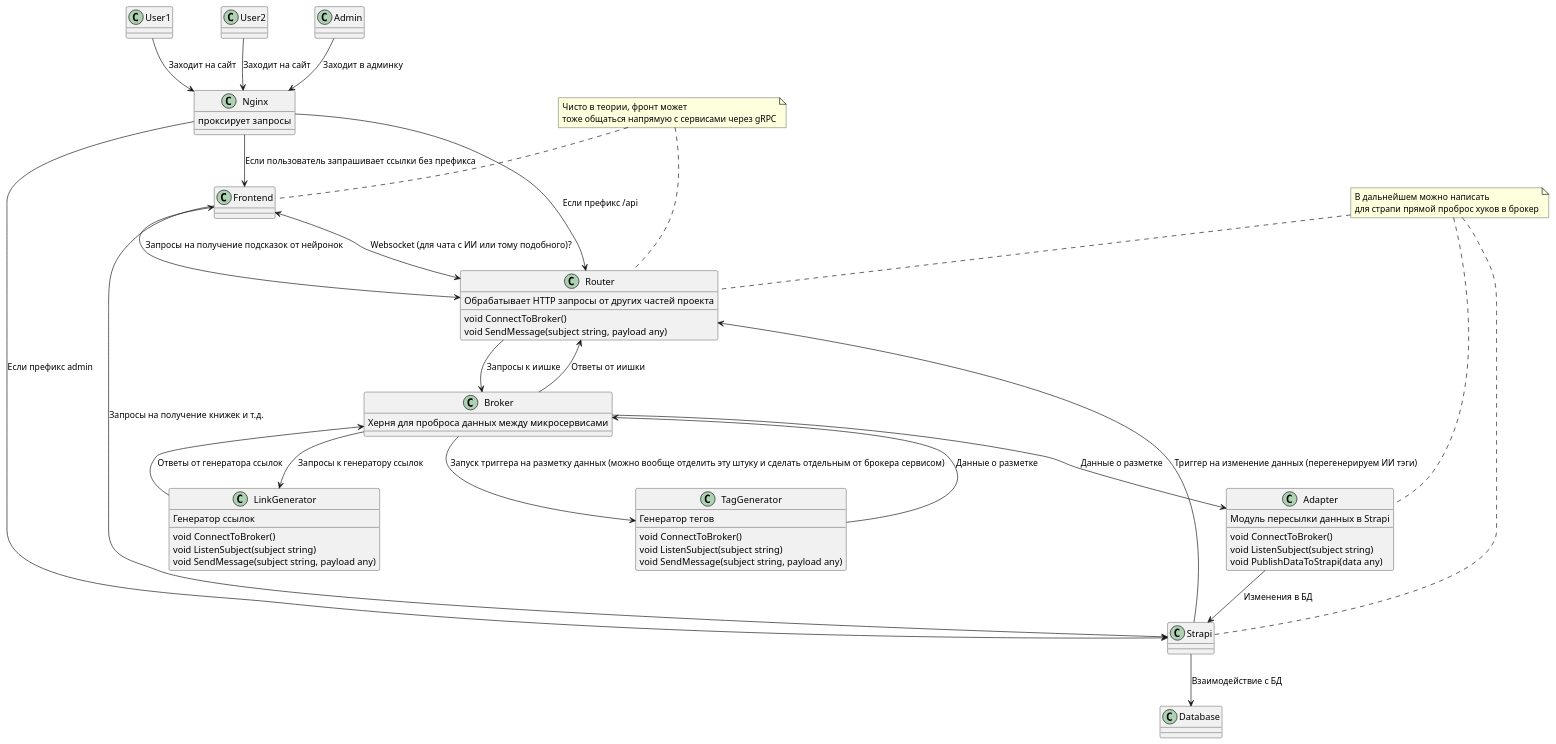
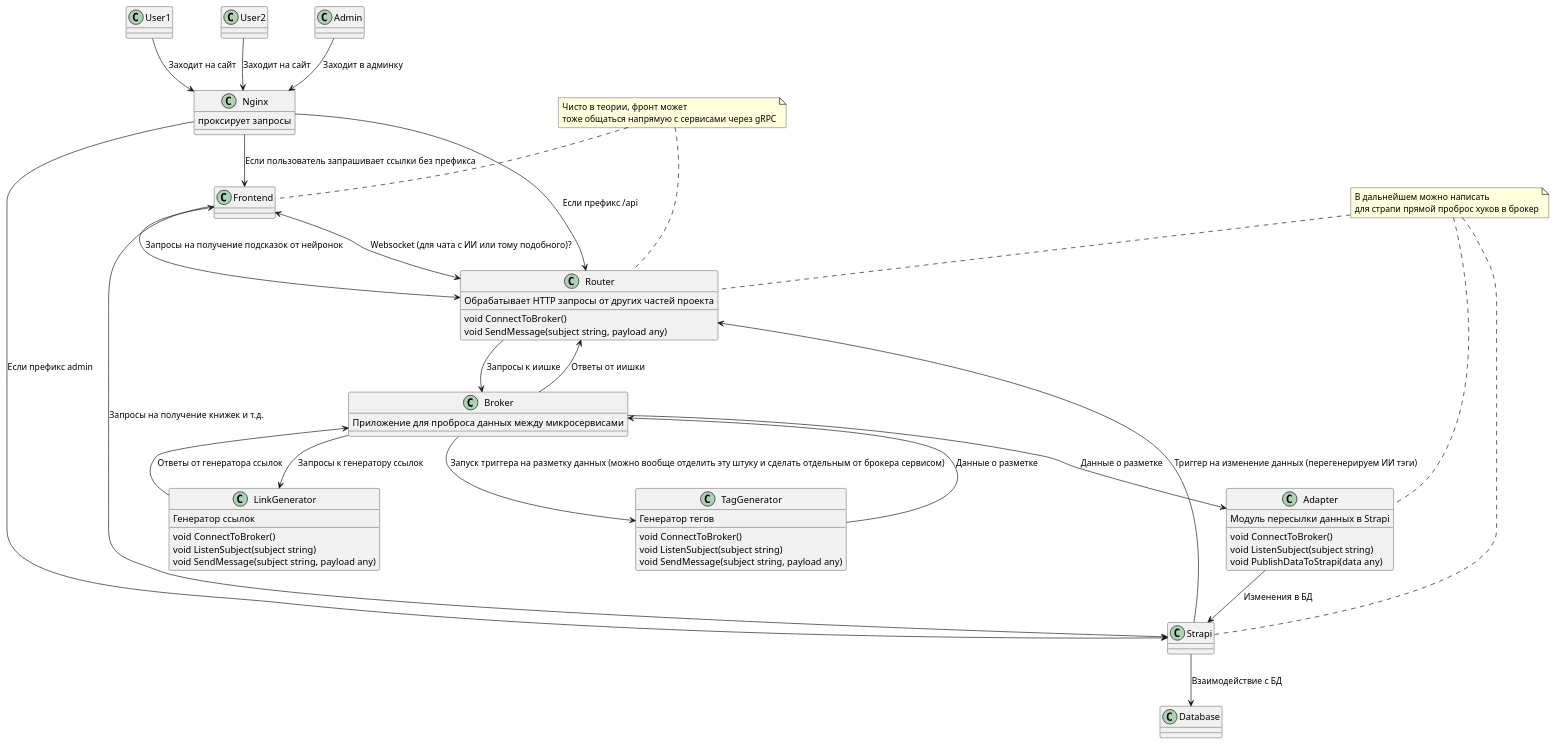
Before and after one commit to Romzeuz/Diplom: the diagram in structure.puml, drawn with PlantUML. The commit also changed 10 other files, not shown here.

```diff
--- a/structure.puml
+++ b/structure.puml
@@ -1,64 +1,64 @@
 @startuml
 class User1 {}
 class User2 {}
 class Admin {}
 class Nginx {
 проксирует запросы
 }
 class Router {
 Обрабатывает HTTP запросы от других частей проекта
 void ConnectToBroker()
 void SendMessage(subject string, payload any)
 }
 class LinkGenerator {
 Генератор ссылок
 void ConnectToBroker()
 void ListenSubject(subject string)
 void SendMessage(subject string, payload any)
 }
 class TagGenerator {
 Генератор тегов
 void ConnectToBroker()
 void ListenSubject(subject string)
 void SendMessage(subject string, payload any)
 }
 class Frontend {}
 class Database {}
 class Strapi {}
 note "В дальнейшем можно написать \nдля страпи прямой проброс хуков в брокер" as N1
 N1 .. Strapi
 N1 .. Router
 N1 .. Adapter
 class Broker {
-Херня для проброса данных между микросервисами
+Приложение для проброса данных между микросервисами
 }
 class Adapter {
 Модуль пересылки данных в Strapi
 void ConnectToBroker()
 void ListenSubject(subject string)
 void PublishDataToStrapi(data any)
 }
 Strapi --> Database : Взаимодействие с БД
 Frontend <--> Router : Запросы на получение подсказок от нейронок
 Frontend <--> Router : Websocket (для чата с ИИ или тому подобного)?
 Frontend --> Strapi : Запросы на получение книжек и т.д.
 User1 --> Nginx : Заходит на сайт
 User2 --> Nginx : Заходит на сайт
 Admin --> Nginx : Заходит в админку
 Nginx --> Frontend : Если пользователь запрашивает ссылки без префикса
 Nginx --> Router : Если префикс /api
 Nginx --> Strapi : Если префикс admin
 Strapi --> Router : Триггер на изменение данных (перегенерируем ИИ тэги)
 Router --> Broker : Запросы к иишке
 Broker --> Router : Ответы от иишки
 Broker --> LinkGenerator : Запросы к генератору ссылок
 LinkGenerator --> Broker : Ответы от генератора ссылок
 Broker --> TagGenerator : Запуск триггера на разметку данных (можно вообще отделить эту штуку и сделать отдельным от брокера сервисом)
 TagGenerator --> Broker : Данные о разметке
 Broker --> Adapter : Данные о разметке
 Adapter --> Strapi : Изменения в БД
 
 note "Чисто в теории, фронт может \nтоже общаться напрямую с сервисами через gRPC" as N2
 N2 .. Frontend
 N2 .. Router
 @enduml
```
